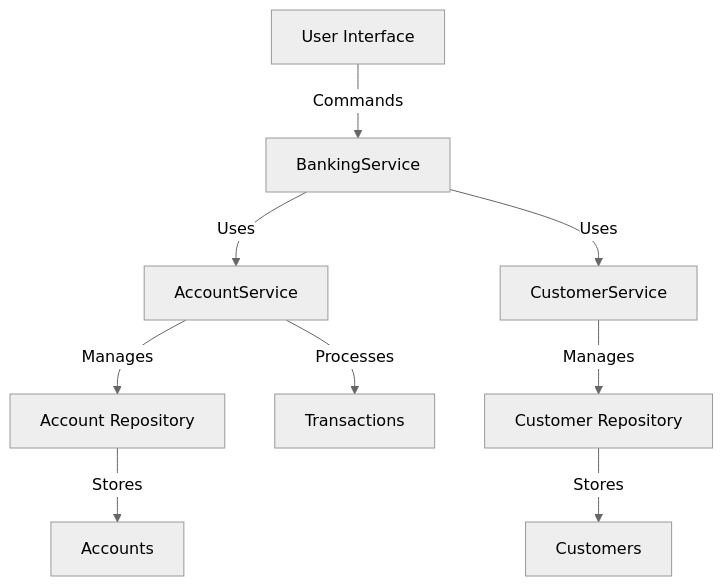
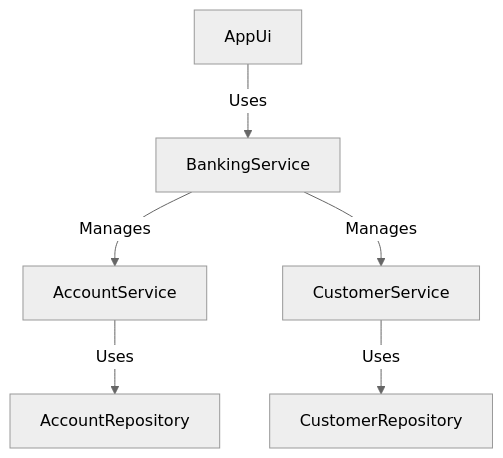
One commit to porfskylord/LordBank changed the diagram in README.md. Above: the diagram before and after it, drawn with Mermaid (neutral theme). The commit also changed other lines of this file and 2 other files, not shown here.

````diff
--- a/README.md
+++ b/README.md
@@ -92,11 +88,8 @@
 ```mermaid
 graph TD
-    A[User Interface] -->|Commands| B[BankingService]
-    B -->|Uses| C[AccountService]
-    B -->|Uses| D[CustomerService]
-    C -->|Manages| E[Account Repository]
-    D -->|Manages| F[Customer Repository]
-    E -->|Stores| G[Accounts]
-    F -->|Stores| H[Customers]
-    C -->|Processes| I[Transactions]
+    A[AppUi] -->|Uses| B[BankingService]
+    B -->|Manages| C[AccountService]
+    B -->|Manages| D[CustomerService]
+    C -->|Uses| E[AccountRepository]
+    D -->|Uses| F[CustomerRepository]
 ```
````
